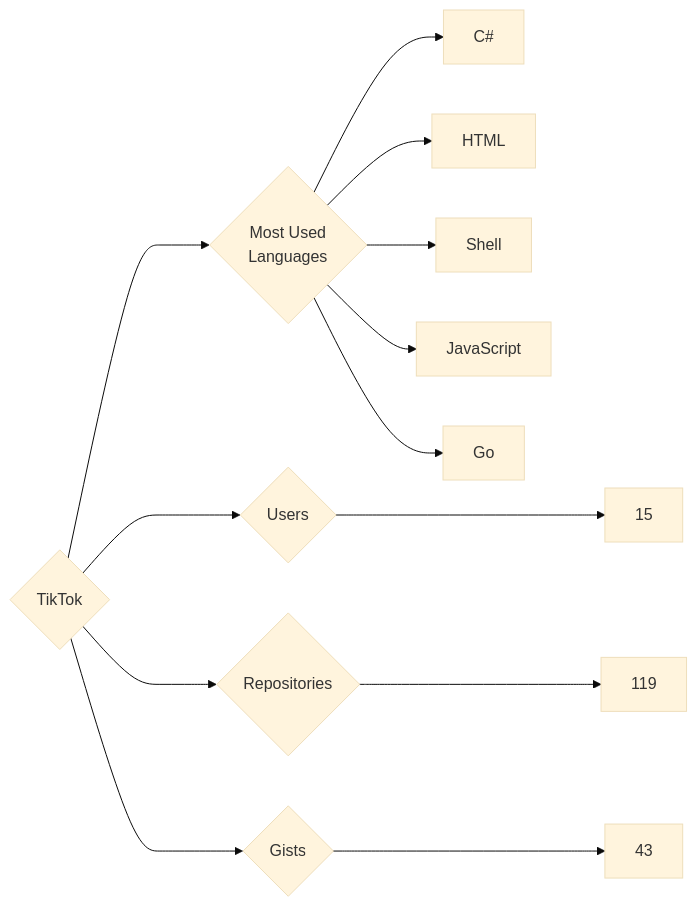
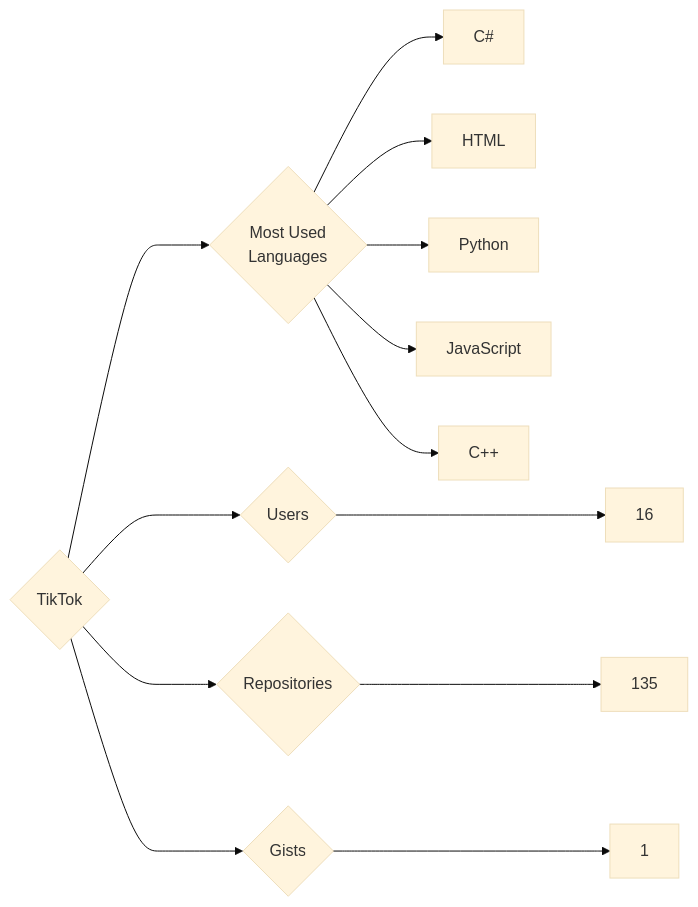
One commit to trickest/insiders changed the diagram in targets/TikTok/README.md. Above: the diagram before and after it, drawn with Mermaid (base theme). The commit also changed 973 other files, not shown here.

````diff
--- a/targets/TikTok/README.md
+++ b/targets/TikTok/README.md
@@ -3,13 +3,13 @@
 ```mermaid
 graph LR
 COMPANY_NAME{TikTok}
-COMPANY_NAME ---> U{Users} ---> UN[15]
-COMPANY_NAME ---> R{Repositories} ---> RN[119]
-COMPANY_NAME ---> G{Gists} ---> GN[43]
+COMPANY_NAME ---> U{Users} ---> UN[16]
+COMPANY_NAME ---> R{Repositories} ---> RN[135]
+COMPANY_NAME ---> G{Gists} ---> GN[1]
 COMPANY_NAME ---> ML{Most Used<br>Languages}
 ML --> C#[C#]
 ML --> HTML[HTML]
-ML --> Shell[Shell]
+ML --> Python[Python]
 ML --> JavaScript[JavaScript]
-ML --> Go[Go]
+ML --> C++[C++]
 ```
````
